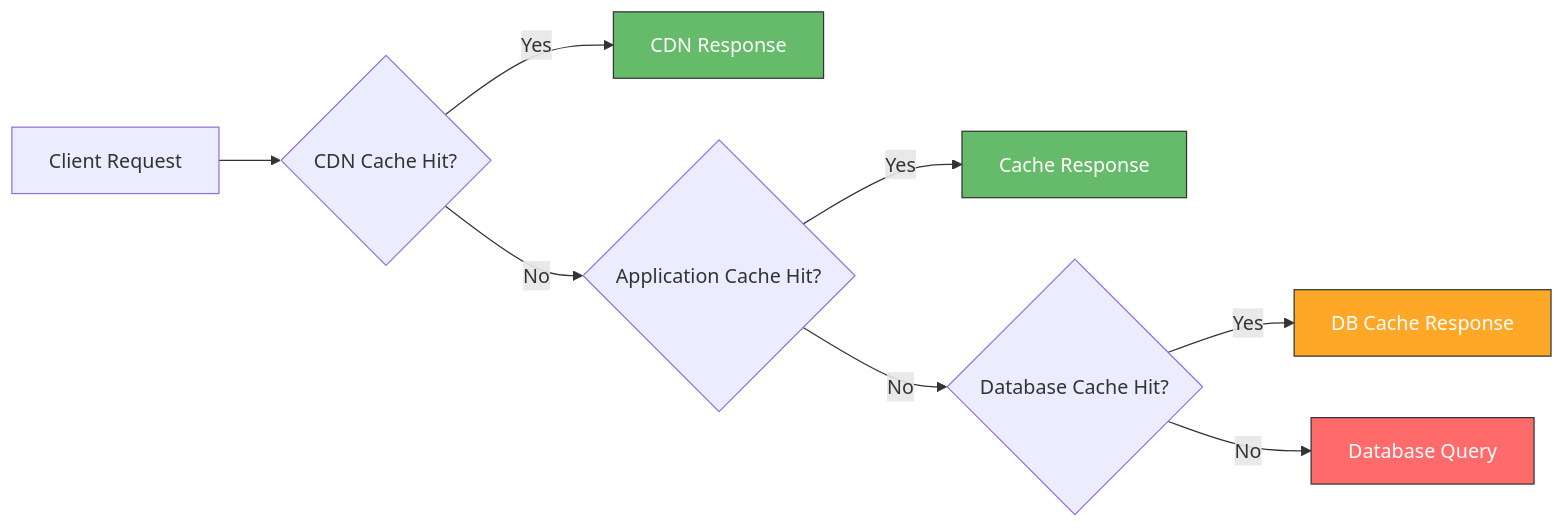
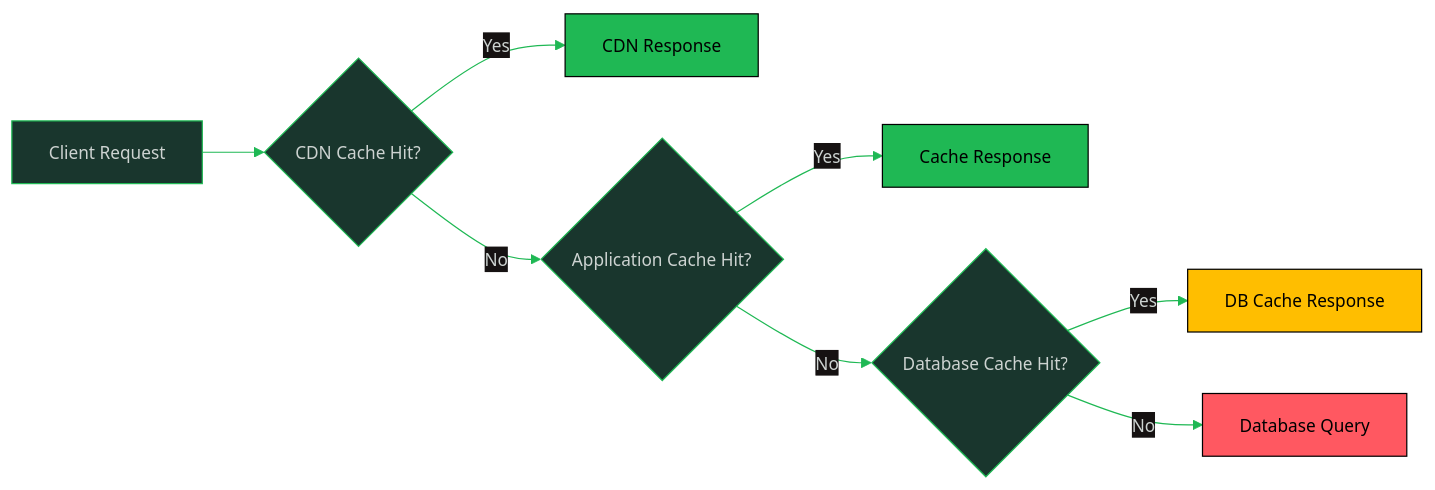
Before and after one commit to oat431/swe-knowledge: the tenth of 15 diagrams in software-engineering-note/03_Software_Design/11_Design_Issues_and_Qualities.md, drawn with Mermaid. The commit also changed other lines of this file and 116 other files, not shown here.

````diff
--- a/software-engineering-note/03_Software_Design/11_Design_Issues_and_Qualities.md
+++ b/software-engineering-note/03_Software_Design/11_Design_Issues_and_Qualities.md
@@ -563,14 +572,15 @@
 ```mermaid
+%%{init: {'theme':'base','themeVariables':{'primaryColor':'#19362D','primaryTextColor':'#CDD3D1','primaryBorderColor':'#1FB854','lineColor':'#1FB854','secondaryColor':'#161212','tertiaryColor':'#1B1717','background':'#1B1717','mainBkg':'#19362D','nodeBorder':'#1FB854','clusterBkg':'#161212','clusterBorder':'#19362D','titleColor':'#1FB854','edgeLabelBackground':'#161212','fontSize':'14px'}}}%%
 graph LR
     A[Client Request] --> B{CDN Cache Hit?}
     B -->|Yes| C[CDN Response]
     B -->|No| D{Application Cache Hit?}
     D -->|Yes| E[Cache Response]
     D -->|No| F{Database Cache Hit?}
     F -->|Yes| G[DB Cache Response]
     F -->|No| H[Database Query]
-    style C fill:#66bb6a,stroke:#333,color:#fff
-    style E fill:#66bb6a,stroke:#333,color:#fff
-    style G fill:#ffa726,stroke:#333,color:#fff
-    style H fill:#ff6b6b,stroke:#333,color:#fff
+    style C fill:#1FB854,stroke:#000000,color:#000000
+    style E fill:#1FB854,stroke:#000000,color:#000000
+    style G fill:#FFBE00,stroke:#000000,color:#000000
+    style H fill:#FF5861,stroke:#000000,color:#000000
 ```
````
